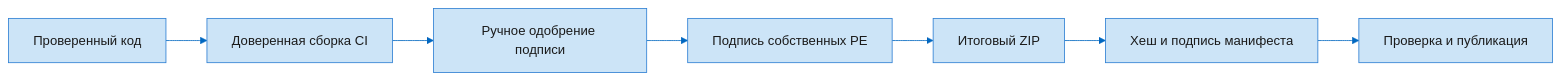
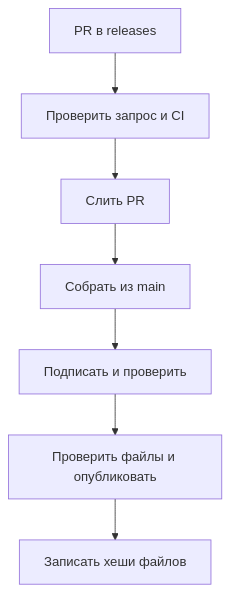
The diagram in docs/wiki/Trust-and-security.ru.md (MrAliev/local-ai-toolkit), drawn with Mermaid before and after one commit. The commit also changed other lines of this file and 30 other files, not shown here.

````diff
--- a/docs/wiki/Trust-and-security.ru.md
+++ b/docs/wiki/Trust-and-security.ru.md
@@ -12,20 +18,9 @@
 ```mermaid
----
-config:
-  theme: base
-  themeVariables:
-    primaryColor: "#CCE4F7"
-    primaryTextColor: "#1A1A1A"
-    primaryBorderColor: "#2D7FD3"
-    lineColor: "#0067C0"
-    secondaryColor: "#FAFAFA"
-    tertiaryColor: "#F3F3F3"
----
-flowchart LR
-  source["Проверенный код"] --> build["Доверенная сборка CI"]
-  build --> approval["Ручное одобрение подписи"]
-  approval --> own["Подпись собственных PE"]
-  own --> package["Итоговый ZIP"]
-  package --> manifest["Хеш и подпись манифеста"]
-  manifest --> verify["Проверка и публикация"]
+flowchart TB
+  request["PR в releases"] --> check["Проверить запрос и CI"]
+  check --> merge["Слить PR"]
+  merge --> build["Собрать из main"]
+  build --> sign["Подписать и проверить"]
+  sign --> assets["Проверить файлы и опубликовать"]
+  assets --> record["Записать хеши файлов"]
 ```
````
